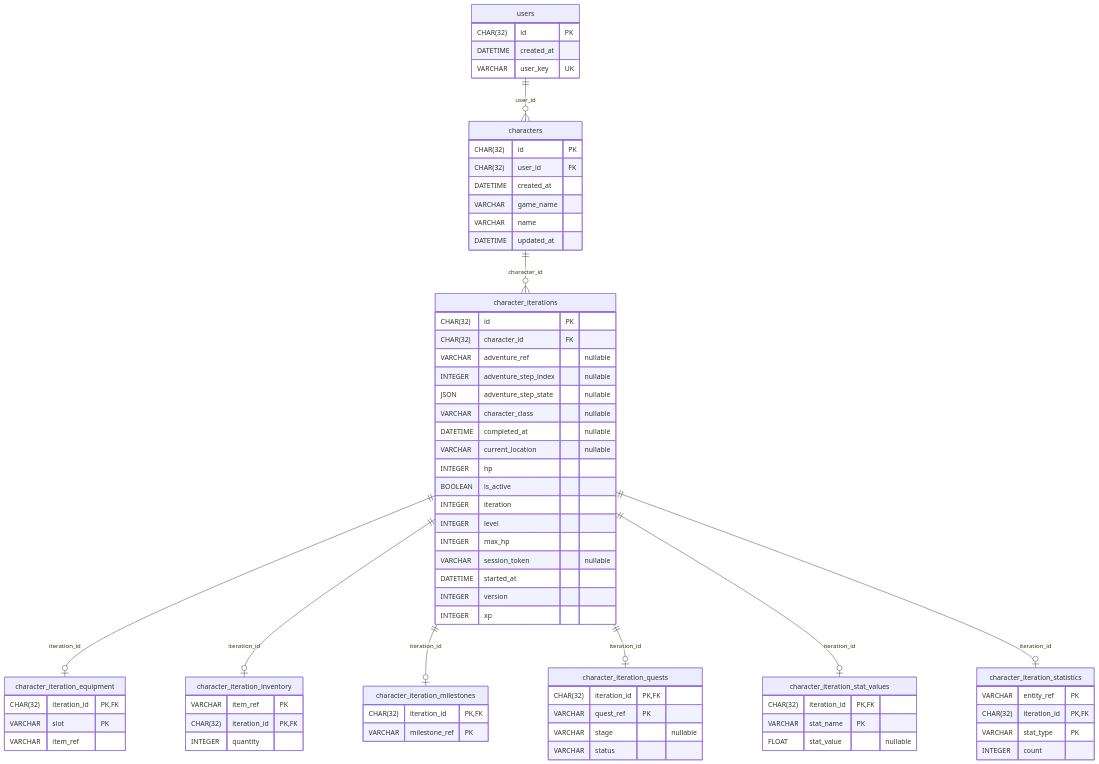
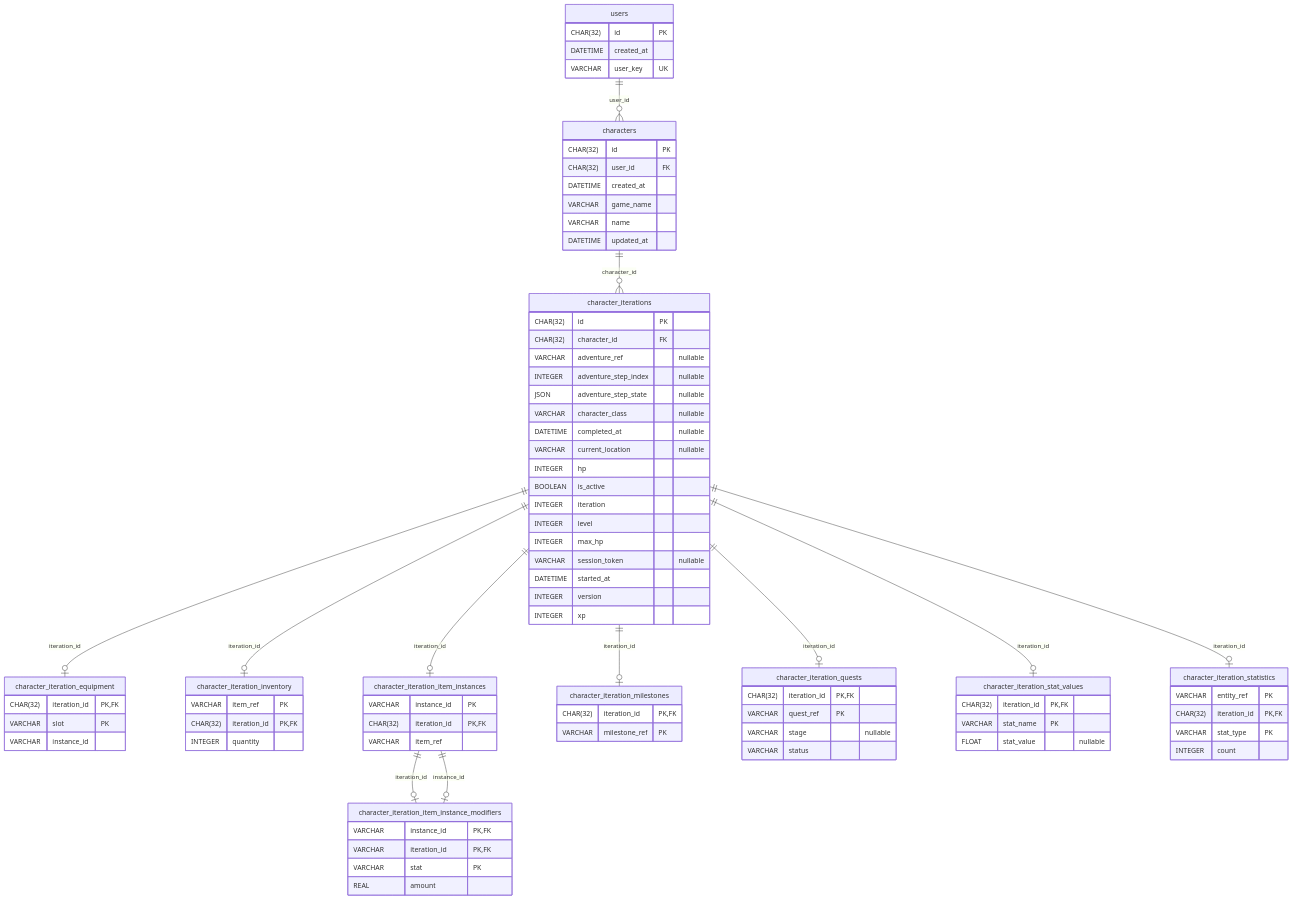
The diagram in docs/dev/database.md (tedivm/oscilla), drawn with Mermaid before and after one commit. The commit also changed 56 other files, not shown here.

First line of the commit message:
Add item system with instances, effects, and docs

```diff
--- a/docs/dev/database.md
+++ b/docs/dev/database.md
@@ -767,13 +767,26 @@
   character_iteration_equipment {
     CHAR(32) iteration_id PK,FK
     VARCHAR slot PK
-    VARCHAR item_ref
+    VARCHAR instance_id
   }
 
   character_iteration_inventory {
     VARCHAR item_ref PK
     CHAR(32) iteration_id PK,FK
     INTEGER quantity
+  }
+
+  character_iteration_item_instance_modifiers {
+    VARCHAR instance_id PK,FK
+    VARCHAR iteration_id PK,FK
+    VARCHAR stat PK
+    REAL amount
+  }
+
+  character_iteration_item_instances {
+    VARCHAR instance_id PK
+    CHAR(32) iteration_id PK,FK
+    VARCHAR item_ref
   }
 
   character_iteration_milestones {
@@ -838,6 +851,9 @@
 
   character_iterations ||--o| character_iteration_equipment : iteration_id
   character_iterations ||--o| character_iteration_inventory : iteration_id
+  character_iteration_item_instances ||--o| character_iteration_item_instance_modifiers : iteration_id
+  character_iteration_item_instances ||--o| character_iteration_item_instance_modifiers : instance_id
+  character_iterations ||--o| character_iteration_item_instances : iteration_id
   character_iterations ||--o| character_iteration_milestones : iteration_id
   character_iterations ||--o| character_iteration_quests : iteration_id
   character_iterations ||--o| character_iteration_stat_values : iteration_id
```
